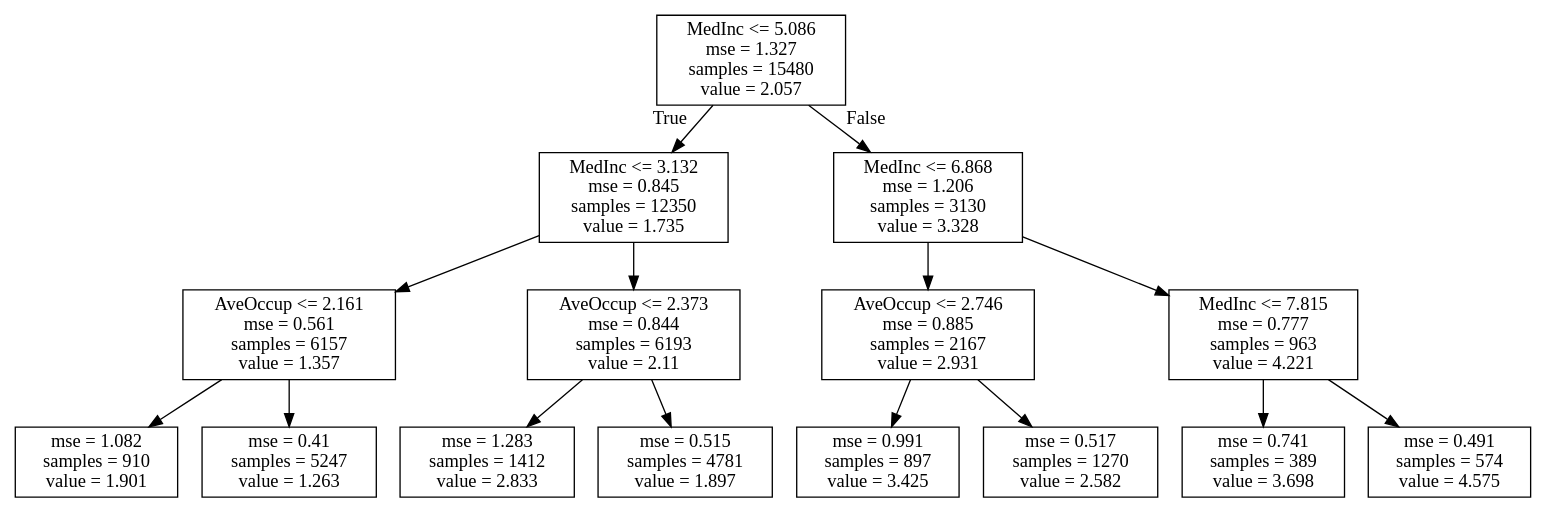
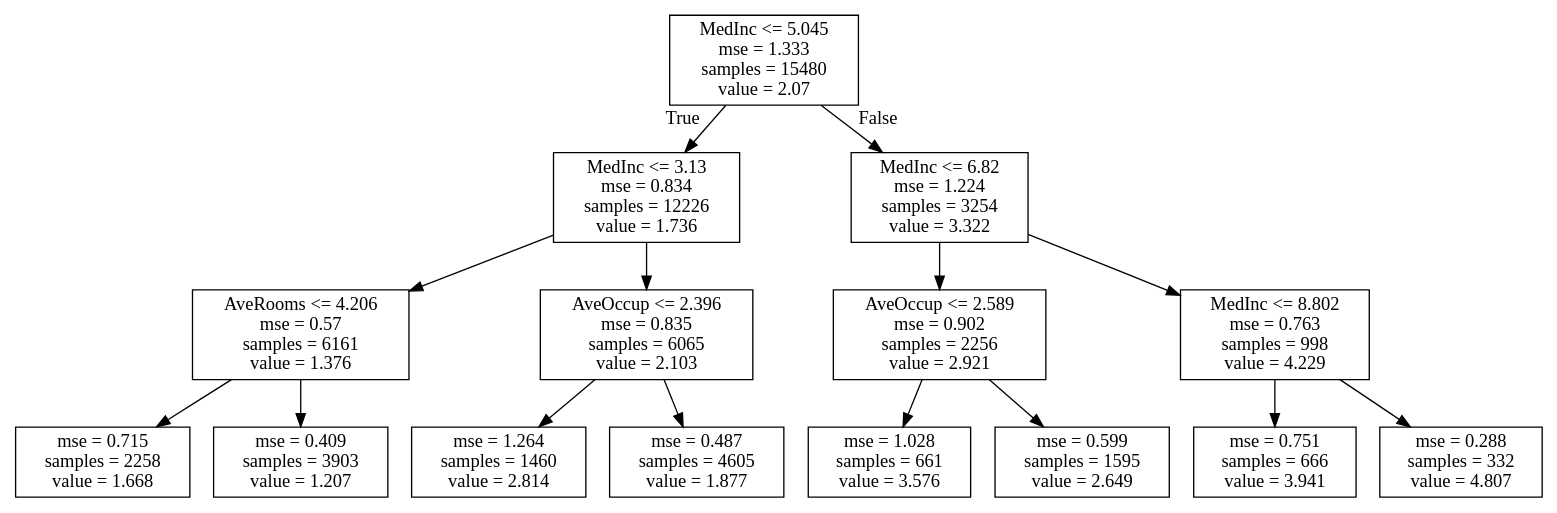
One commit to karenhao/DAT-NYC-6.13 changed the diagram in tree.dot. Above: the diagram before and after it, drawn with Graphviz. The commit also changed 2 other files, not shown here.

```diff
--- a/tree.dot
+++ b/tree.dot
@@ -1,32 +1,32 @@
 digraph Tree {
 node [shape=box] ;
-0 [label="MedInc <= 5.086\nmse = 1.327\nsamples = 15480\nvalue = 2.057"] ;
-1 [label="MedInc <= 3.132\nmse = 0.845\nsamples = 12350\nvalue = 1.735"] ;
+0 [label="MedInc <= 5.045\nmse = 1.333\nsamples = 15480\nvalue = 2.07"] ;
+1 [label="MedInc <= 3.13\nmse = 0.834\nsamples = 12226\nvalue = 1.736"] ;
 0 -> 1 [labeldistance=2.5, labelangle=45, headlabel="True"] ;
-2 [label="AveOccup <= 2.161\nmse = 0.561\nsamples = 6157\nvalue = 1.357"] ;
+2 [label="AveRooms <= 4.206\nmse = 0.57\nsamples = 6161\nvalue = 1.376"] ;
 1 -> 2 ;
-3 [label="mse = 1.082\nsamples = 910\nvalue = 1.901"] ;
+3 [label="mse = 0.715\nsamples = 2258\nvalue = 1.668"] ;
 2 -> 3 ;
-4 [label="mse = 0.41\nsamples = 5247\nvalue = 1.263"] ;
+4 [label="mse = 0.409\nsamples = 3903\nvalue = 1.207"] ;
 2 -> 4 ;
-5 [label="AveOccup <= 2.373\nmse = 0.844\nsamples = 6193\nvalue = 2.11"] ;
+5 [label="AveOccup <= 2.396\nmse = 0.835\nsamples = 6065\nvalue = 2.103"] ;
 1 -> 5 ;
-6 [label="mse = 1.283\nsamples = 1412\nvalue = 2.833"] ;
+6 [label="mse = 1.264\nsamples = 1460\nvalue = 2.814"] ;
 5 -> 6 ;
-7 [label="mse = 0.515\nsamples = 4781\nvalue = 1.897"] ;
+7 [label="mse = 0.487\nsamples = 4605\nvalue = 1.877"] ;
 5 -> 7 ;
-8 [label="MedInc <= 6.868\nmse = 1.206\nsamples = 3130\nvalue = 3.328"] ;
+8 [label="MedInc <= 6.82\nmse = 1.224\nsamples = 3254\nvalue = 3.322"] ;
 0 -> 8 [labeldistance=2.5, labelangle=-45, headlabel="False"] ;
-9 [label="AveOccup <= 2.746\nmse = 0.885\nsamples = 2167\nvalue = 2.931"] ;
+9 [label="AveOccup <= 2.589\nmse = 0.902\nsamples = 2256\nvalue = 2.921"] ;
 8 -> 9 ;
-10 [label="mse = 0.991\nsamples = 897\nvalue = 3.425"] ;
+10 [label="mse = 1.028\nsamples = 661\nvalue = 3.576"] ;
 9 -> 10 ;
-11 [label="mse = 0.517\nsamples = 1270\nvalue = 2.582"] ;
+11 [label="mse = 0.599\nsamples = 1595\nvalue = 2.649"] ;
 9 -> 11 ;
-12 [label="MedInc <= 7.815\nmse = 0.777\nsamples = 963\nvalue = 4.221"] ;
+12 [label="MedInc <= 8.802\nmse = 0.763\nsamples = 998\nvalue = 4.229"] ;
 8 -> 12 ;
-13 [label="mse = 0.741\nsamples = 389\nvalue = 3.698"] ;
+13 [label="mse = 0.751\nsamples = 666\nvalue = 3.941"] ;
 12 -> 13 ;
-14 [label="mse = 0.491\nsamples = 574\nvalue = 4.575"] ;
+14 [label="mse = 0.288\nsamples = 332\nvalue = 4.807"] ;
 12 -> 14 ;
 }
```
